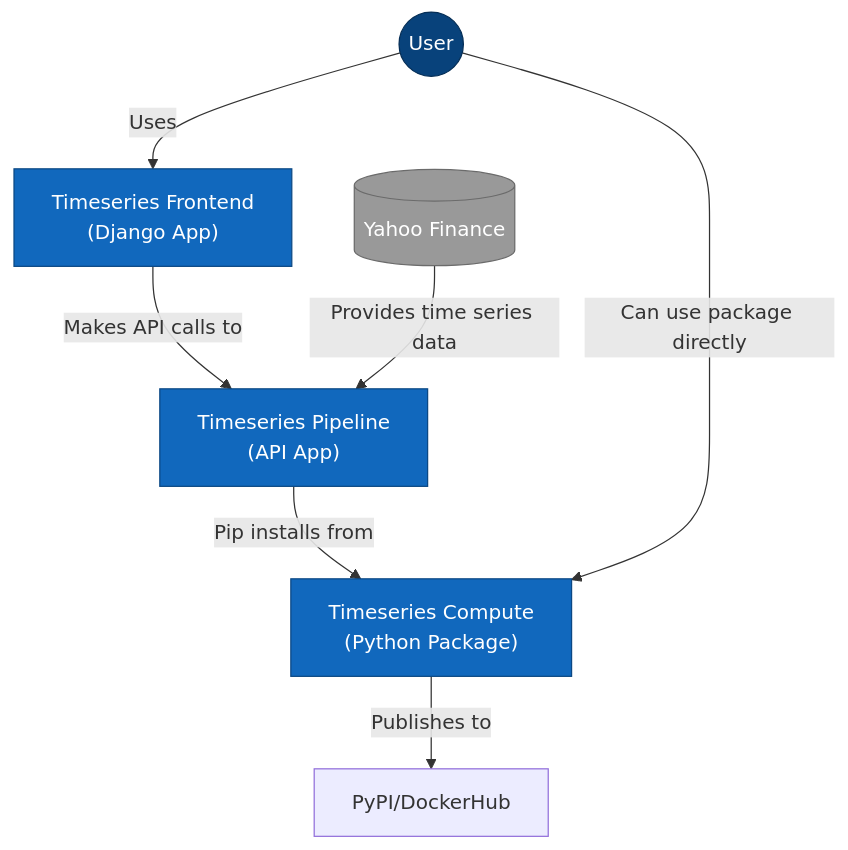
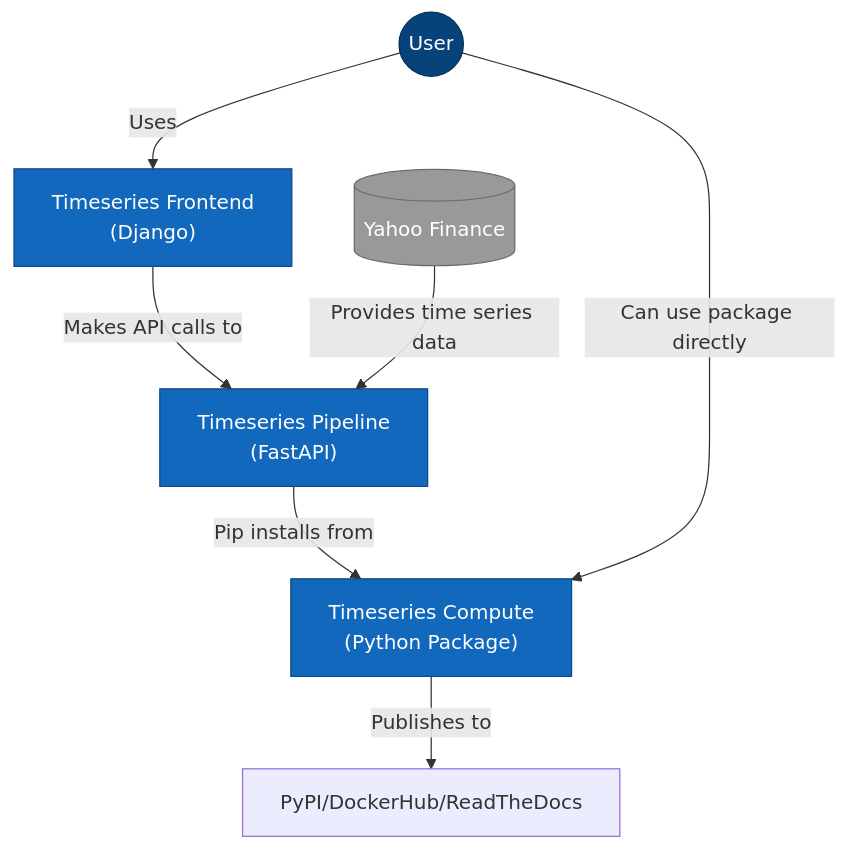
One commit to garthmortensen/timeseries-api changed the first of 5 diagrams in README.md. Above: the diagram before and after it, drawn with Mermaid. The commit also changed other lines of this file and 2 other files, not shown here.

````diff
--- a/README.md
+++ b/README.md
@@ -45,25 +43,25 @@
 ```mermaid
 flowchart TB
     %% Styling
     classDef person fill:#08427B,color:#fff,stroke:#052E56,stroke-width:1px
     classDef system fill:#1168BD,color:#fff,stroke:#0B4884,stroke-width:1px
     classDef external fill:#999999,color:#fff,stroke:#6B6B6B,stroke-width:1px
     %% Actors and Systems
     User((User)):::person
     %% Main Systems
     TimeSeriesFrontend["Timeseries Frontend
-    (Django App)"]:::system
+    (Django)"]:::system
     TimeSeriesPipeline["Timeseries Pipeline
-    (API App)"]:::system
+    (FastAPI)"]:::system
     TimeseriesCompute["Timeseries Compute
     (Python Package)"]:::system
     %% External Systems
     ExternalDataSource[(Yahoo Finance)]:::external
     %% Relationships
     User -- "Uses" --> TimeSeriesFrontend
     TimeSeriesFrontend -- "Makes API calls to" --> TimeSeriesPipeline
     TimeSeriesPipeline -- "Pip installs from" --> TimeseriesCompute
     User -- "Can use package directly" --> TimeseriesCompute  
     ExternalDataSource -- "Provides time series data" --> TimeSeriesPipeline
-    TimeseriesCompute -- "Publishes to" --> PyPI/DockerHub
+    TimeseriesCompute -- "Publishes to" --> PyPI/DockerHub/ReadTheDocs
 ```
````
